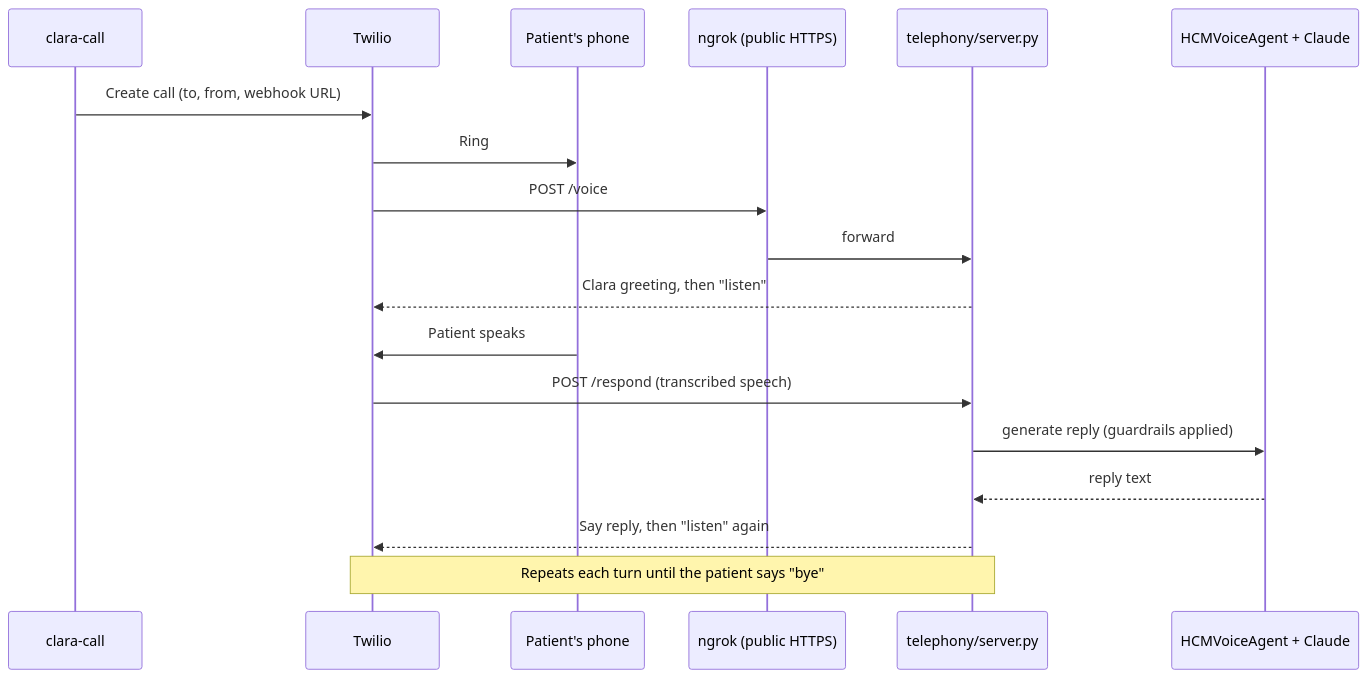
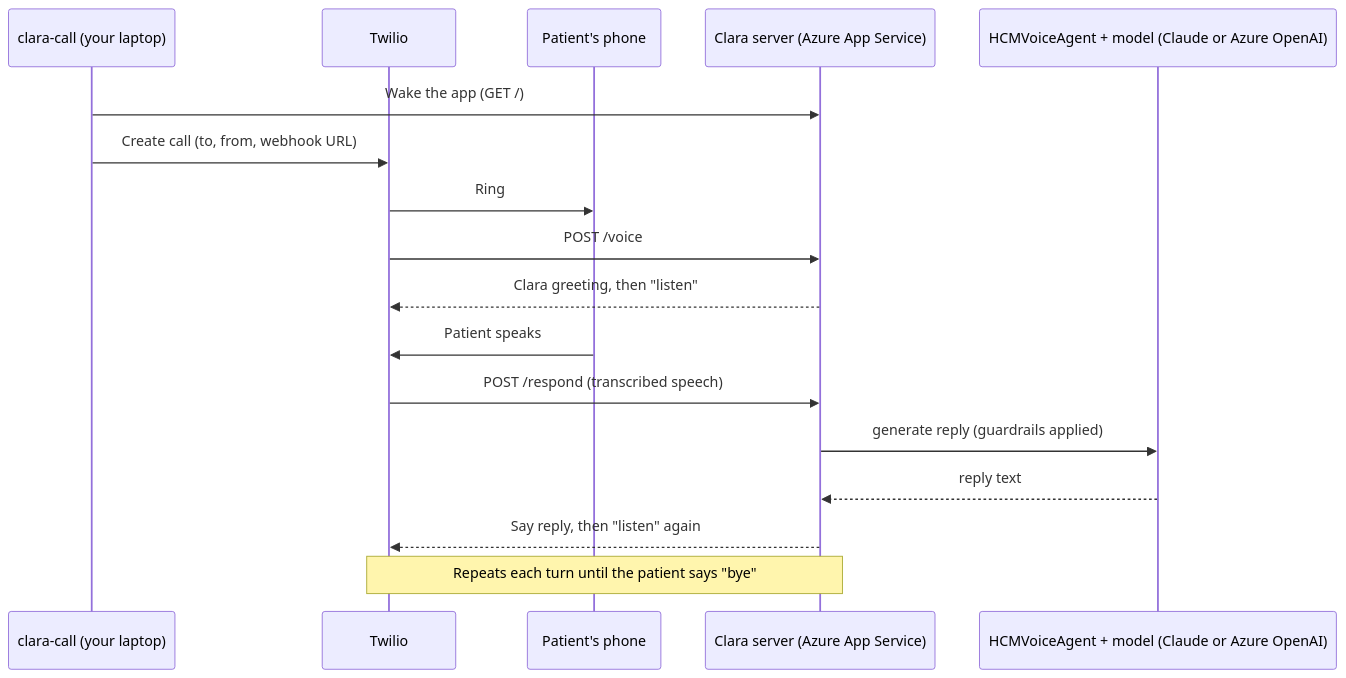
One commit to yashvadlamani/hcm-agent changed the diagram in docs/GETTING_STARTED.md. Above: the diagram before and after it, drawn with Mermaid. The commit also changed other lines of this file and 6 other files, not shown here.

First line of the commit message:
Remove ngrok references now that Clara runs on Azure

````diff
--- a/docs/GETTING_STARTED.md
+++ b/docs/GETTING_STARTED.md
@@ -39,21 +39,20 @@
 ```mermaid
 sequenceDiagram
-    participant Dev as clara-call
+    participant Dev as clara-call (your laptop)
     participant T as Twilio
     participant P as Patient's phone
-    participant N as ngrok (public HTTPS)
-    participant S as telephony/server.py
-    participant A as HCMVoiceAgent + Claude
+    participant S as Clara server (Azure App Service)
+    participant A as HCMVoiceAgent + model (Claude or Azure OpenAI)
 
+    Dev->>S: Wake the app (GET /)
     Dev->>T: Create call (to, from, webhook URL)
     T->>P: Ring
-    T->>N: POST /voice
-    N->>S: forward
+    T->>S: POST /voice
     S-->>T: Clara greeting, then "listen"
     P->>T: Patient speaks
     T->>S: POST /respond (transcribed speech)
     S->>A: generate reply (guardrails applied)
     A-->>S: reply text
     S-->>T: Say reply, then "listen" again
     Note over T,S: Repeats each turn until the patient says "bye"
 ```
````
